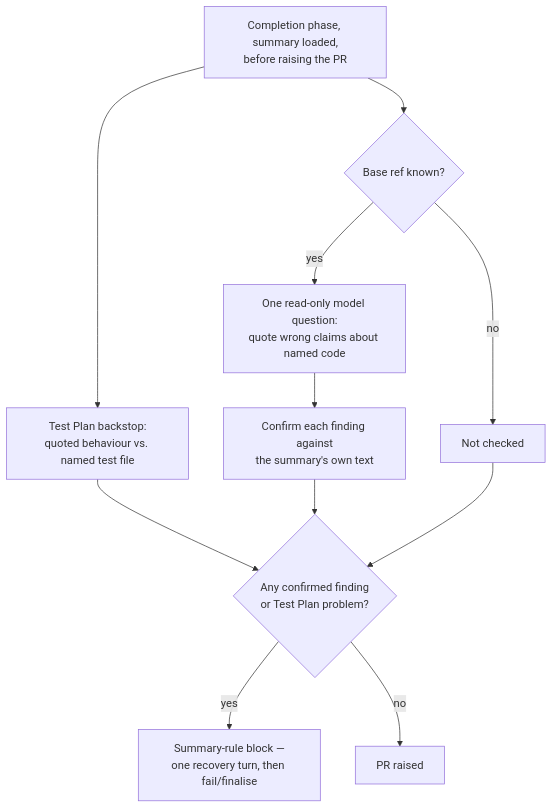
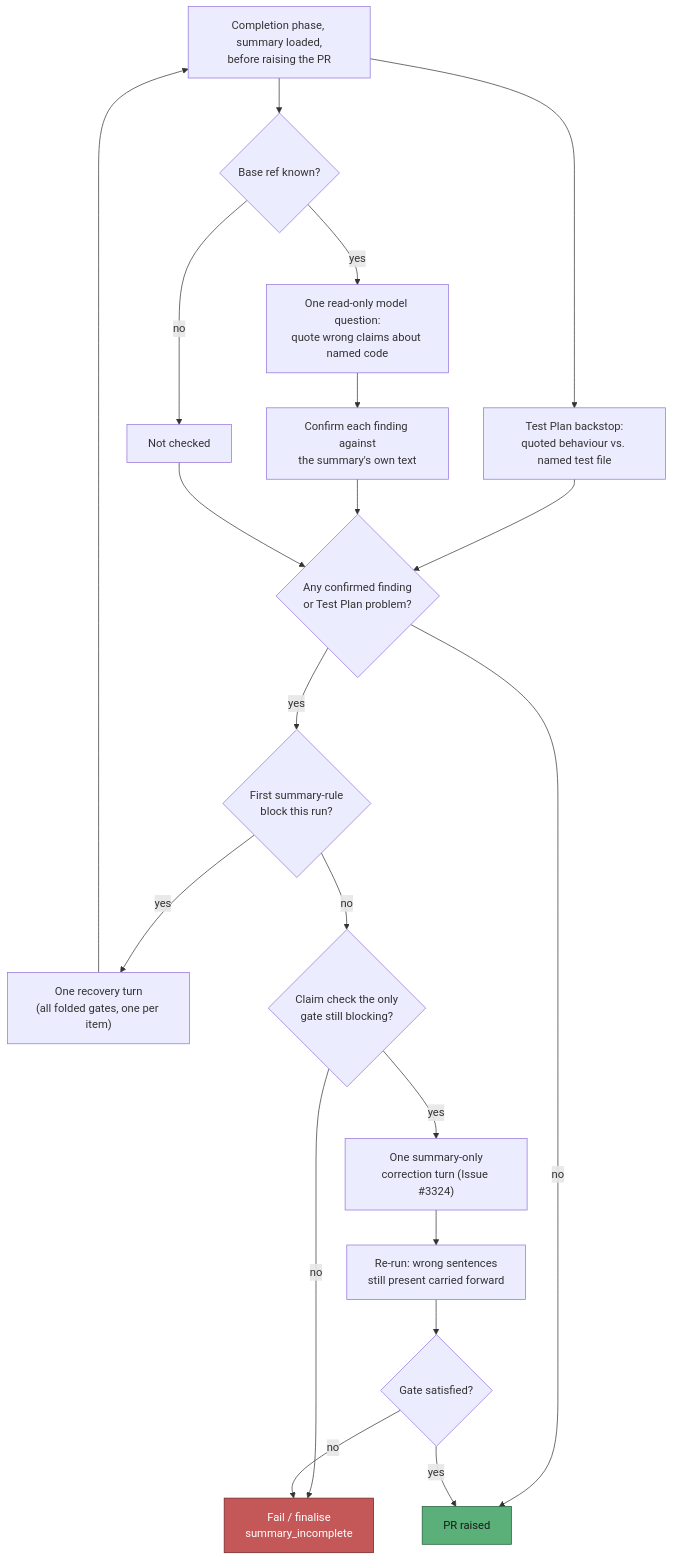
One commit to stSoftwareAU/VibeCoder changed diagram 18 of 24 in docs/workflows/issue-processing.md. Above: the diagram before and after it, drawn with Mermaid. The commit also changed other lines of this file and 5 other files, not shown here.

````diff
--- a/docs/workflows/issue-processing.md
+++ b/docs/workflows/issue-processing.md
@@ -1949,13 +1972,24 @@
 ```mermaid
 flowchart TD
     A["Completion phase, summary loaded,<br/>before raising the PR"] --> B["Test Plan backstop:<br/>quoted behaviour vs. named test file"]
     A --> C{"Base ref known?"}
     C -- no --> D["Not checked"]
     C -- yes --> E["One read-only model question:<br/>quote wrong claims about named code"]
     E --> F["Confirm each finding against<br/>the summary's own text"]
     B --> G{"Any confirmed finding<br/>or Test Plan problem?"}
     F --> G
     D --> G
-    G -- yes --> H["Summary-rule block —<br/>one recovery turn, then fail/finalise"]
+    G -- yes --> H{"First summary-rule<br/>block this run?"}
     G -- no --> I["PR raised"]
+    H -- yes --> RT["One recovery turn<br/>(all folded gates, one per item)"]
+    RT --> A
+    H -- no --> J{"Claim check the only<br/>gate still blocking?"}
+    J -- no --> K["Fail / finalise<br/>summary_incomplete"]
+    J -- yes --> L["One summary-only<br/>correction turn (Issue #3324)"]
+    L --> M["Re-run: wrong sentences<br/>still present carried forward"]
+    M --> N{"Gate satisfied?"}
+    N -- yes --> I
+    N -- no --> K
+    style I fill:#5ab078,stroke:#1d5a35,color:#1a1a1a
+    style K fill:#c45858,stroke:#6b2020,color:#fff
 ```
````
